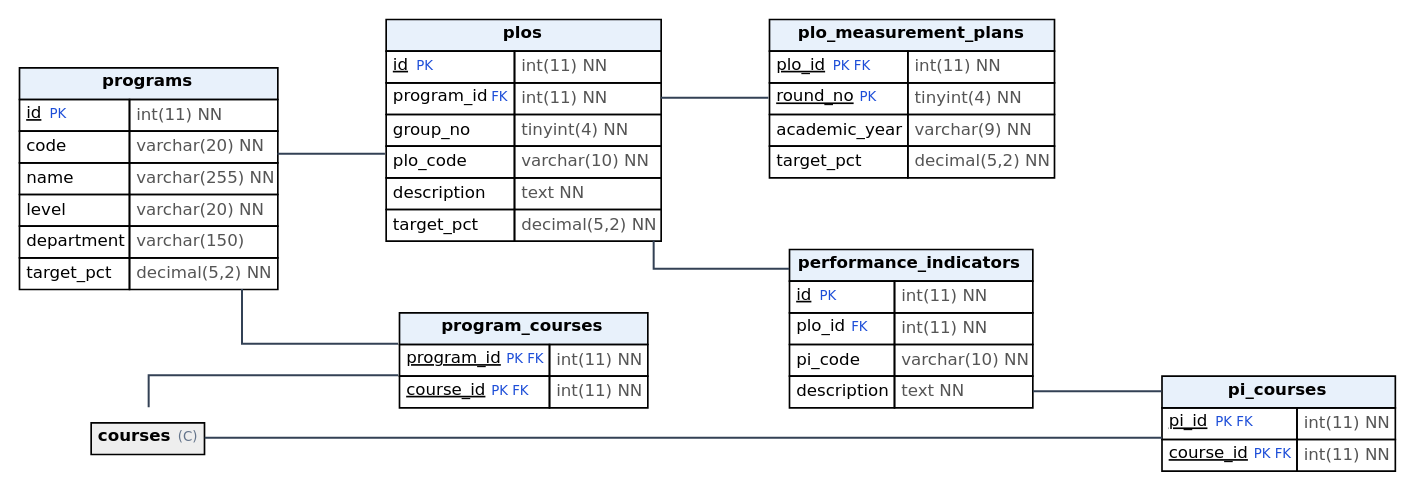
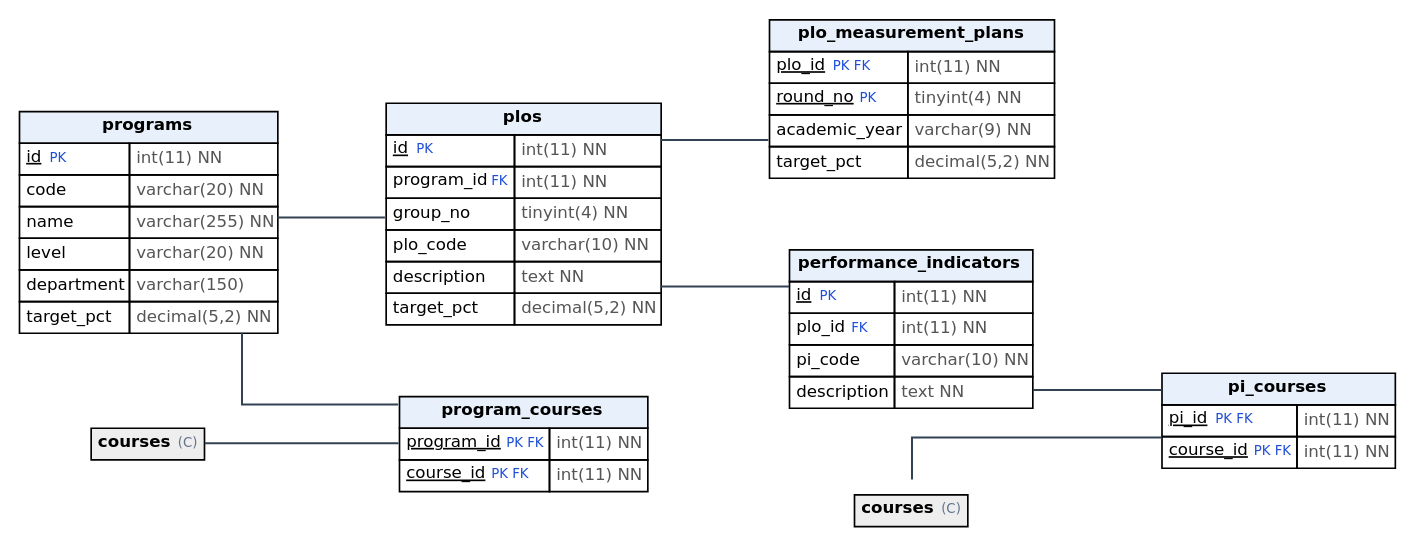
The diagram in docs/diagrams/erd_B.dot (NguyenTanYen/TLCN), drawn with Graphviz before and after one commit. The commit also changed 11698 other files, not shown here.

```diff
--- a/docs/diagrams/erd_B.dot
+++ b/docs/diagrams/erd_B.dot
@@ -1,17 +1,18 @@
 digraph G { rankdir=LR; graph [fontname="DejaVu Sans", splines=ortho, nodesep=0.6, ranksep=0.9 ];
 node [shape=none, margin=0, fontname="DejaVu Sans", fontsize=10]; edge [color="#334155", penwidth=1.2, dir=none];
 "programs" [label=<<table border="0" cellborder="1" cellspacing="0" cellpadding="3"><tr><td bgcolor="#E8F1FB" colspan="2"><b>programs</b></td></tr><tr><td align="left" port="id"><u>id</u> <font color="#1d4ed8" point-size="8">PK</font></td><td align="left"><font color="#555555">int(11) NN</font></td></tr><tr><td align="left" port="code">code</td><td align="left"><font color="#555555">varchar(20) NN</font></td></tr><tr><td align="left" port="name">name</td><td align="left"><font color="#555555">varchar(255) NN</font></td></tr><tr><td align="left" port="level">level</td><td align="left"><font color="#555555">varchar(20) NN</font></td></tr><tr><td align="left" port="department">department</td><td align="left"><font color="#555555">varchar(150)</font></td></tr><tr><td align="left" port="target_pct">target_pct</td><td align="left"><font color="#555555">decimal(5,2) NN</font></td></tr></table>>];
 "plos" [label=<<table border="0" cellborder="1" cellspacing="0" cellpadding="3"><tr><td bgcolor="#E8F1FB" colspan="2"><b>plos</b></td></tr><tr><td align="left" port="id"><u>id</u> <font color="#1d4ed8" point-size="8">PK</font></td><td align="left"><font color="#555555">int(11) NN</font></td></tr><tr><td align="left" port="program_id">program_id <font color="#1d4ed8" point-size="8">FK</font></td><td align="left"><font color="#555555">int(11) NN</font></td></tr><tr><td align="left" port="group_no">group_no</td><td align="left"><font color="#555555">tinyint(4) NN</font></td></tr><tr><td align="left" port="plo_code">plo_code</td><td align="left"><font color="#555555">varchar(10) NN</font></td></tr><tr><td align="left" port="description">description</td><td align="left"><font color="#555555">text NN</font></td></tr><tr><td align="left" port="target_pct">target_pct</td><td align="left"><font color="#555555">decimal(5,2) NN</font></td></tr></table>>];
 "plo_measurement_plans" [label=<<table border="0" cellborder="1" cellspacing="0" cellpadding="3"><tr><td bgcolor="#E8F1FB" colspan="2"><b>plo_measurement_plans</b></td></tr><tr><td align="left" port="plo_id"><u>plo_id</u> <font color="#1d4ed8" point-size="8">PK FK</font></td><td align="left"><font color="#555555">int(11) NN</font></td></tr><tr><td align="left" port="round_no"><u>round_no</u> <font color="#1d4ed8" point-size="8">PK</font></td><td align="left"><font color="#555555">tinyint(4) NN</font></td></tr><tr><td align="left" port="academic_year">academic_year</td><td align="left"><font color="#555555">varchar(9) NN</font></td></tr><tr><td align="left" port="target_pct">target_pct</td><td align="left"><font color="#555555">decimal(5,2) NN</font></td></tr></table>>];
 "performance_indicators" [label=<<table border="0" cellborder="1" cellspacing="0" cellpadding="3"><tr><td bgcolor="#E8F1FB" colspan="2"><b>performance_indicators</b></td></tr><tr><td align="left" port="id"><u>id</u> <font color="#1d4ed8" point-size="8">PK</font></td><td align="left"><font color="#555555">int(11) NN</font></td></tr><tr><td align="left" port="plo_id">plo_id <font color="#1d4ed8" point-size="8">FK</font></td><td align="left"><font color="#555555">int(11) NN</font></td></tr><tr><td align="left" port="pi_code">pi_code</td><td align="left"><font color="#555555">varchar(10) NN</font></td></tr><tr><td align="left" port="description">description</td><td align="left"><font color="#555555">text NN</font></td></tr></table>>];
 "program_courses" [label=<<table border="0" cellborder="1" cellspacing="0" cellpadding="3"><tr><td bgcolor="#E8F1FB" colspan="2"><b>program_courses</b></td></tr><tr><td align="left" port="program_id"><u>program_id</u> <font color="#1d4ed8" point-size="8">PK FK</font></td><td align="left"><font color="#555555">int(11) NN</font></td></tr><tr><td align="left" port="course_id"><u>course_id</u> <font color="#1d4ed8" point-size="8">PK FK</font></td><td align="left"><font color="#555555">int(11) NN</font></td></tr></table>>];
 "pi_courses" [label=<<table border="0" cellborder="1" cellspacing="0" cellpadding="3"><tr><td bgcolor="#E8F1FB" colspan="2"><b>pi_courses</b></td></tr><tr><td align="left" port="pi_id"><u>pi_id</u> <font color="#1d4ed8" point-size="8">PK FK</font></td><td align="left"><font color="#555555">int(11) NN</font></td></tr><tr><td align="left" port="course_id"><u>course_id</u> <font color="#1d4ed8" point-size="8">PK FK</font></td><td align="left"><font color="#555555">int(11) NN</font></td></tr></table>>];
-"courses" [label=<<table border="0" cellborder="1" cellspacing="0" cellpadding="3"><tr><td bgcolor="#EEEEEE" colspan="2"><b>courses</b> <font point-size="8" color="#64748b">(C)</font></td></tr></table>>];
-"courses" -> "pi_courses" [id="fk__courses__pi_courses__course_id"];
+"courses@pi_courses" [label=<<table border="0" cellborder="1" cellspacing="0" cellpadding="3"><tr><td bgcolor="#EEEEEE" colspan="2"><b>courses</b> <font point-size="8" color="#64748b">(C)</font></td></tr></table>>];
+"courses@program_courses" [label=<<table border="0" cellborder="1" cellspacing="0" cellpadding="3"><tr><td bgcolor="#EEEEEE" colspan="2"><b>courses</b> <font point-size="8" color="#64748b">(C)</font></td></tr></table>>];
+"courses@pi_courses" -> "pi_courses" [id="fk__courses@pi_courses__pi_courses__course_id"];
 "performance_indicators" -> "pi_courses" [id="fk__performance_indicators__pi_courses__pi_id"];
-"courses" -> "program_courses" [id="fk__courses__program_courses__course_id"];
+"courses@program_courses" -> "program_courses" [id="fk__courses@program_courses__program_courses__course_id"];
 "programs" -> "program_courses" [id="fk__programs__program_courses__program_id"];
 "plos" -> "performance_indicators" [id="fk__plos__performance_indicators__plo_id"];
 "plos" -> "plo_measurement_plans" [id="fk__plos__plo_measurement_plans__plo_id"];
 "programs" -> "plos" [id="fk__programs__plos__program_id"];
 }
```
